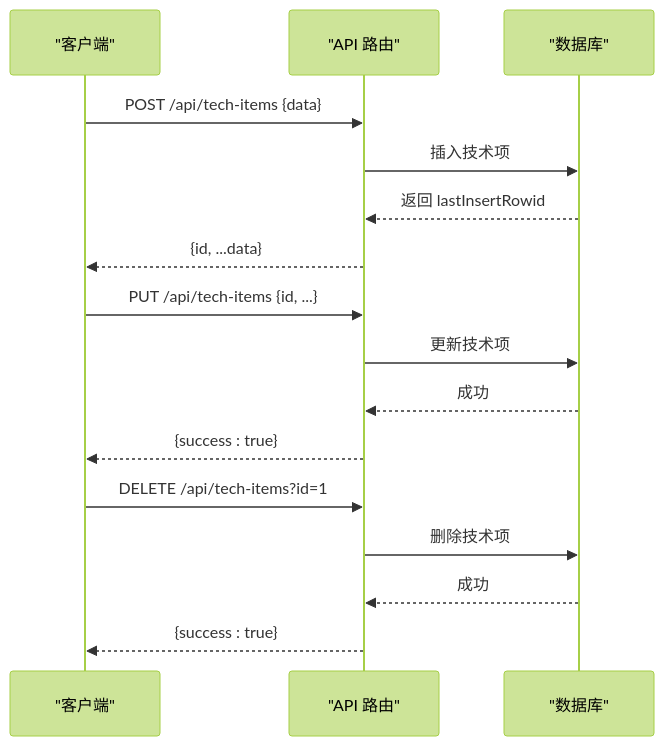
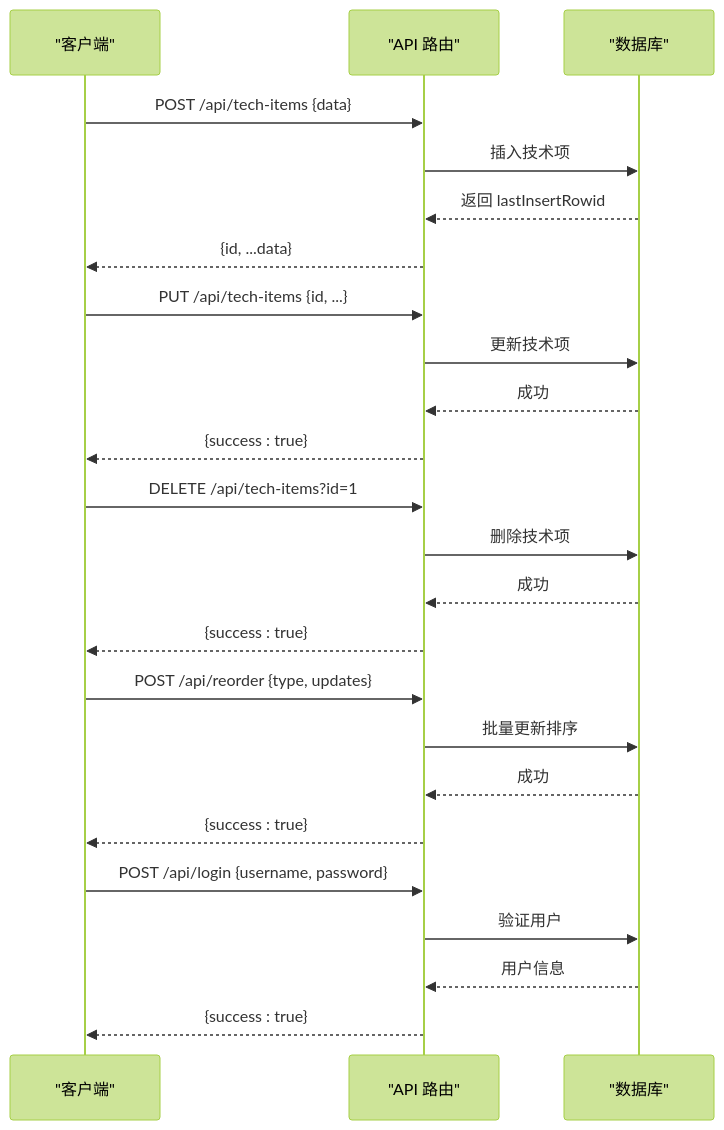
One commit to tutusiji/lantu-next changed the fifth of 7 diagrams in .qoder/repowiki/zh/content/开发指南/开发指南.md. Above: the diagram before and after it, drawn with Mermaid (forest theme). The commit also changed other lines of this file and 22 other files, not shown here.

````diff
--- a/.qoder/repowiki/zh/content/开发指南/开发指南.md
+++ b/.qoder/repowiki/zh/content/开发指南/开发指南.md
@@ -228,18 +314,26 @@
 ```mermaid
 sequenceDiagram
 participant C as "客户端"
 participant R as "API 路由"
 participant D as "数据库"
 C->>R : POST /api/tech-items {data}
 R->>D : 插入技术项
 D-->>R : 返回 lastInsertRowid
 R-->>C : {id, ...data}
 C->>R : PUT /api/tech-items {id, ...}
 R->>D : 更新技术项
 D-->>R : 成功
 R-->>C : {success : true}
 C->>R : DELETE /api/tech-items?id=1
 R->>D : 删除技术项
 D-->>R : 成功
 R-->>C : {success : true}
+C->>R : POST /api/reorder {type, updates}
+R->>D : 批量更新排序
+D-->>R : 成功
+R-->>C : {success : true}
+C->>R : POST /api/login {username, password}
+R->>D : 验证用户
+D-->>R : 用户信息
+R-->>C : {success : true}
 ```
````
